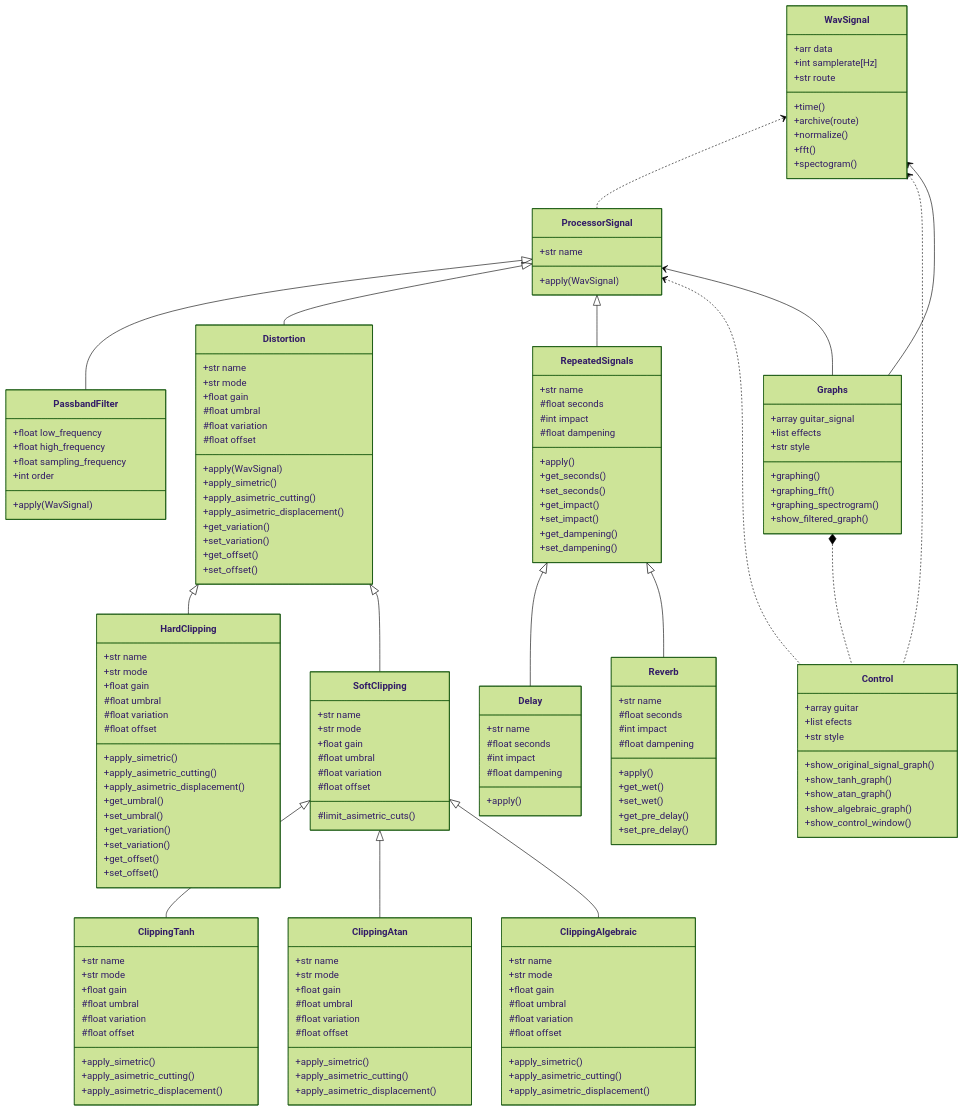
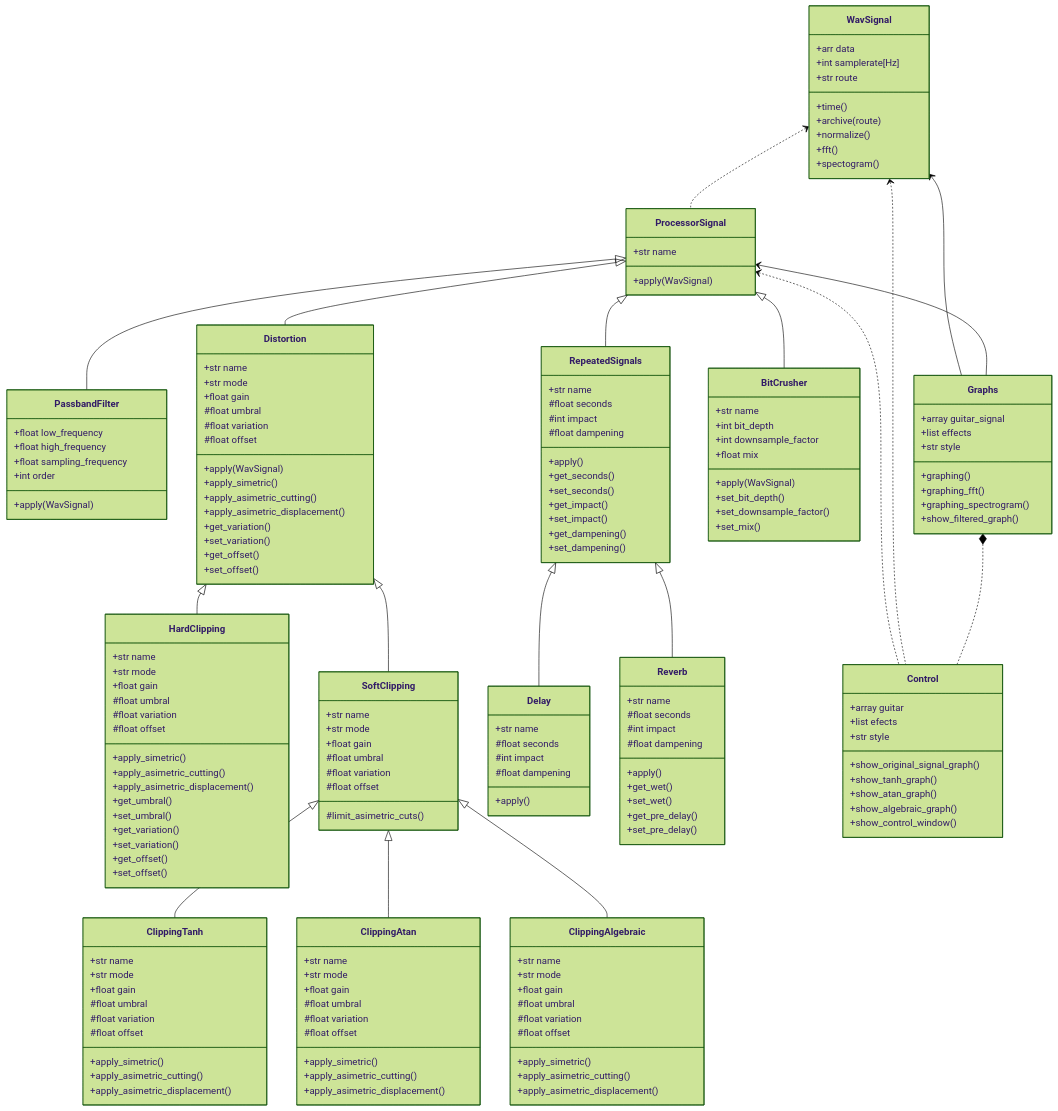
The third of 3 diagrams in README.md (angutierrezgi/Blue_Slashes), drawn with Mermaid (forest theme) before and after one commit. The commit also changed other lines of this file, not shown here.

````diff
--- a/README.md
+++ b/README.md
@@ -458,6 +511,17 @@
         +set_pre_delay()
 	}
 
+    class BitCrusher {
+        +str name
+        +int bit_depth
+        +int downsample_factor
+        +float mix
+        +apply(WavSignal)
+        +set_bit_depth()
+        +set_downsample_factor()
+        +set_mix()
+    }
+
     class Control {
         +array guitar
         +list efects
@@ -494,4 +558,5 @@
     Graphs *.. Control
     WavSignal <-- Graphs
     ProcessorSignal <-- Graphs
+    ProcessorSignal <|-- BitCrusher
 ```
````
